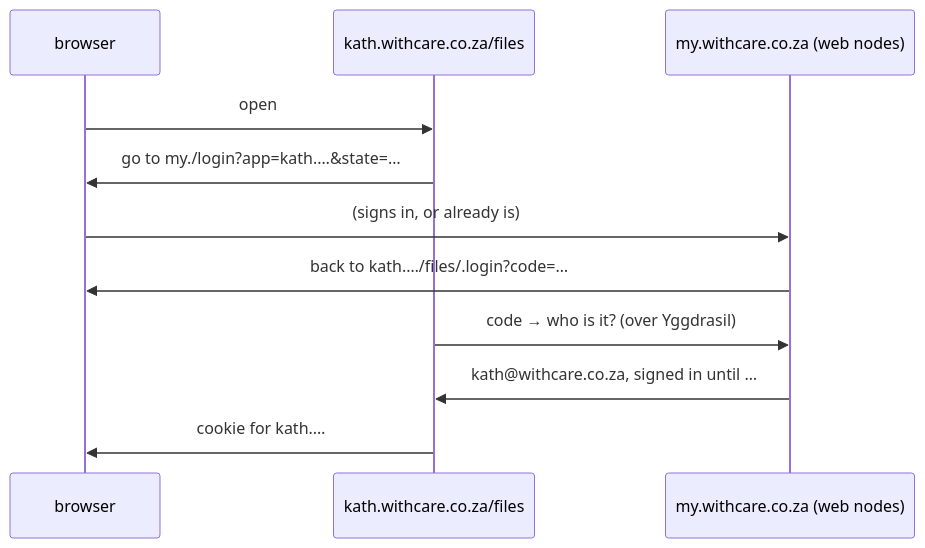
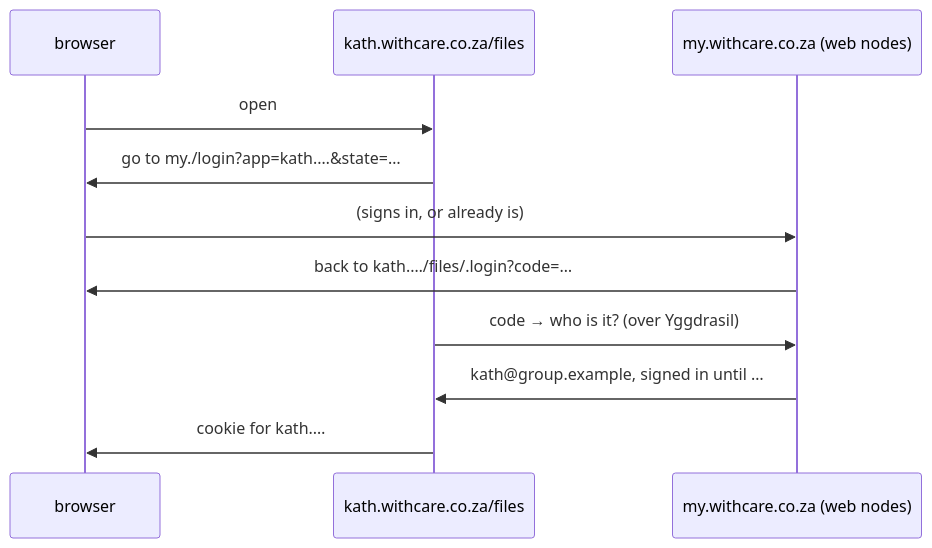
Before and after one commit to peterretief/yggstore: the diagram in docs/login.md, drawn with Mermaid. The commit also changed other lines of this file and 4 other files, not shown here.

````diff
--- a/docs/login.md
+++ b/docs/login.md
@@ -41,13 +41,13 @@
 ```mermaid
 sequenceDiagram
   participant B as browser
   participant A as kath.withcare.co.za/files
   participant L as my.withcare.co.za (web nodes)
   B->>A: open
   A->>B: go to my./login?app=kath.…&state=…
   B->>L: (signs in, or already is)
   L->>B: back to kath.…/files/.login?code=…
   A->>L: code → who is it? (over Yggdrasil)
-  L->>A: kath@withcare.co.za, signed in until …
+  L->>A: kath@group.example, signed in until …
   A->>B: cookie for kath.…
 ```
````
